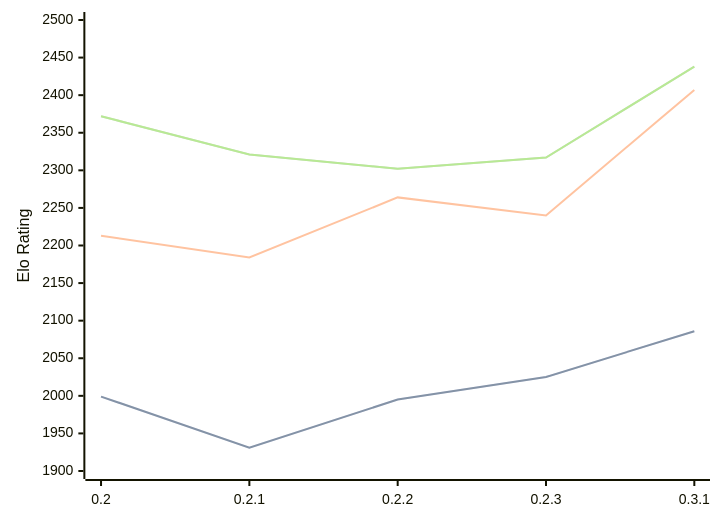
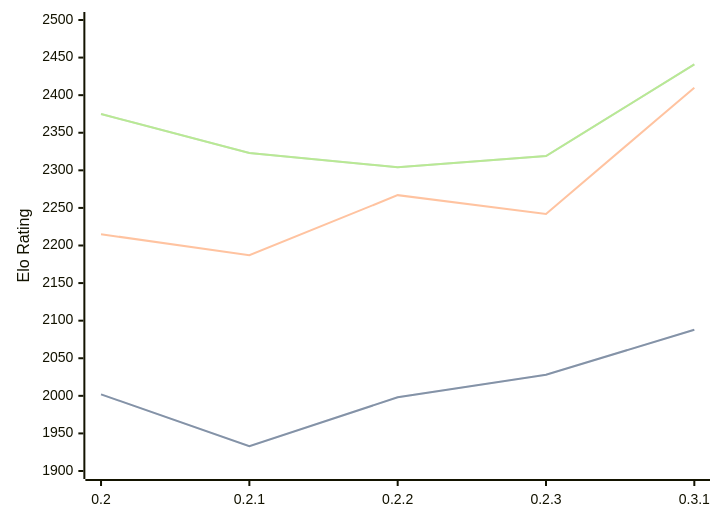
One commit to computer-chess-index/cci changed the diagram in engines/Lolbot.md. Above: the diagram before and after it, drawn with Mermaid. The commit also changed other lines of this file, not shown here.

Commit message:
Update CCI Ratings (ELO VLTC) - 2026-09-24

````diff
--- a/engines/Lolbot.md
+++ b/engines/Lolbot.md
@@ -35,11 +35,11 @@
 ```mermaid
 %%{init: {"theme":"base","themeVariables":{"seriesColors:['#a3a3a3','#222221','#faa371']}}}%%
 xychart-beta
   x-axis ["0.2", "0.2.1", "0.2.2", "0.2.3", "0.3.1"]
   y-axis "Elo Rating" 1900 --> 2500
-  line "" [1999, 1931, 1995, 2025, 2086]
-  line "STC (8.0+0.08s)" [1999, 1931, 1995, 2025, 2086]
-  line "LTC (60.0+0.60s)" [2213, 2184, 2264, 2240, 2407]
-  line "" [2372, 2321, 2302, 2317, 2438]
-  line "VLTC (2m24s+1.12s)" [2372, 2321, 2302, 2317, 2438]
+  line "" [2002, 1933, 1998, 2028, 2088]
+  line "STC (8.0+0.08s)" [2002, 1933, 1998, 2028, 2088]
+  line "LTC (60.0+0.60s)" [2215, 2187, 2267, 2242, 2410]
+  line "" [2375, 2323, 2304, 2319, 2441]
+  line "VLTC (2m24s+1.12s)" [2375, 2323, 2304, 2319, 2441]
 ```
````
